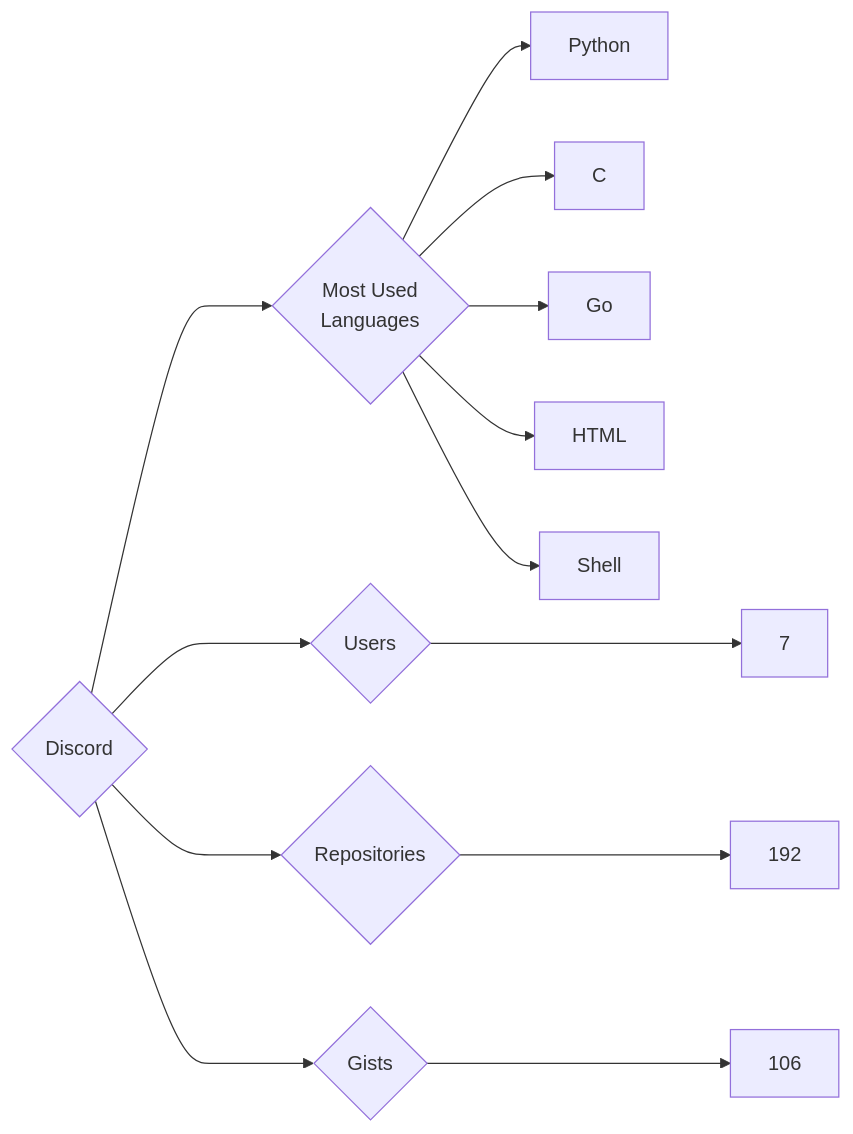
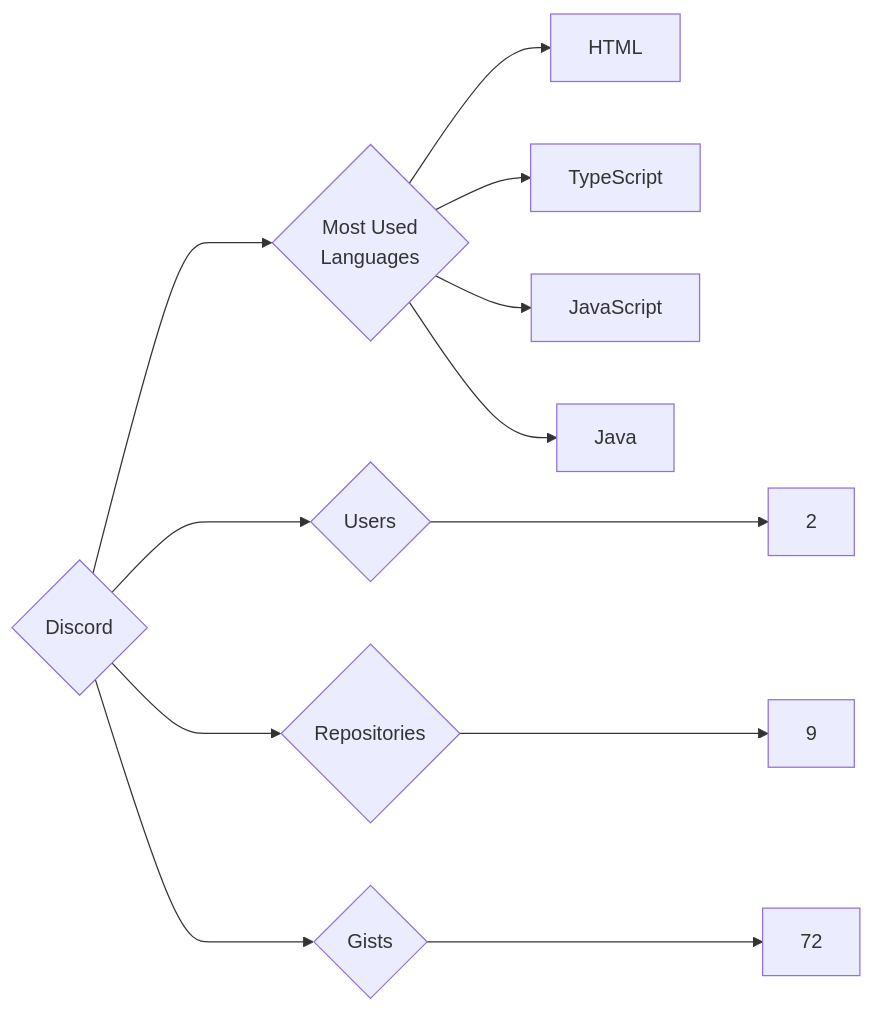
The diagram in targets/Discord/README.md (trickest/insiders), drawn with Mermaid before and after one commit. The commit also changed 776 other files, not shown here.

````diff
--- a/targets/Discord/README.md
+++ b/targets/Discord/README.md
@@ -3,13 +3,12 @@
 ```mermaid
 graph LR
 COMPANY_NAME{Discord}
-COMPANY_NAME ---> U{Users} ---> UN[7]
-COMPANY_NAME ---> R{Repositories} ---> RN[192]
-COMPANY_NAME ---> G{Gists} ---> GN[106]
+COMPANY_NAME ---> U{Users} ---> UN[2]
+COMPANY_NAME ---> R{Repositories} ---> RN[9]
+COMPANY_NAME ---> G{Gists} ---> GN[72]
 COMPANY_NAME ---> ML{Most Used<br>Languages}
-ML --> Python[Python]
-ML --> C[C]
-ML --> Go[Go]
 ML --> HTML[HTML]
-ML --> Shell[Shell]
+ML --> TypeScript[TypeScript]
+ML --> JavaScript[JavaScript]
+ML --> Java[Java]
 ```
````
